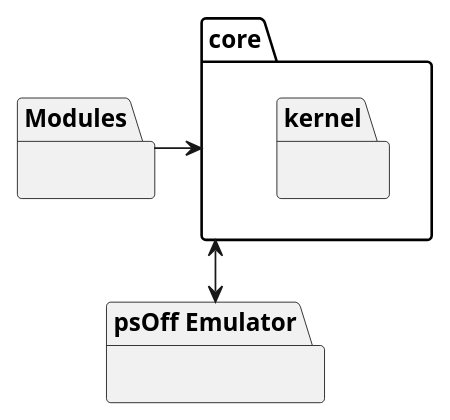
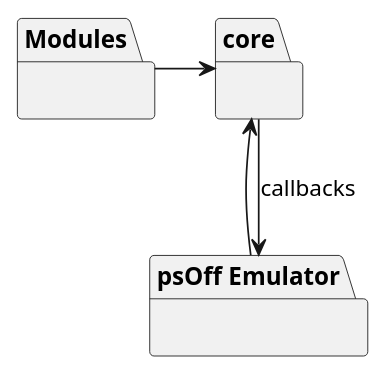
The diagram in docs/uml/modules/coreDeps.puml (SysRay/psOff_public), drawn with PlantUML before and after one commit. The commit also changed 6 other files, not shown here.

```diff
--- a/docs/uml/modules/coreDeps.puml
+++ b/docs/uml/modules/coreDeps.puml
@@ -1,17 +1,18 @@
 @startuml
 skinparam classAttributeIconSize 0
 
 package Modules {}
 
 package core {
-  package kernel { }
 }
 
 package "psOff Emulator" {
 
 }
 
 Modules -> core
 
-core <--> "psOff Emulator"
+core <-- "psOff Emulator"
+core --> "psOff Emulator" : callbacks
+
 @enduml
```
